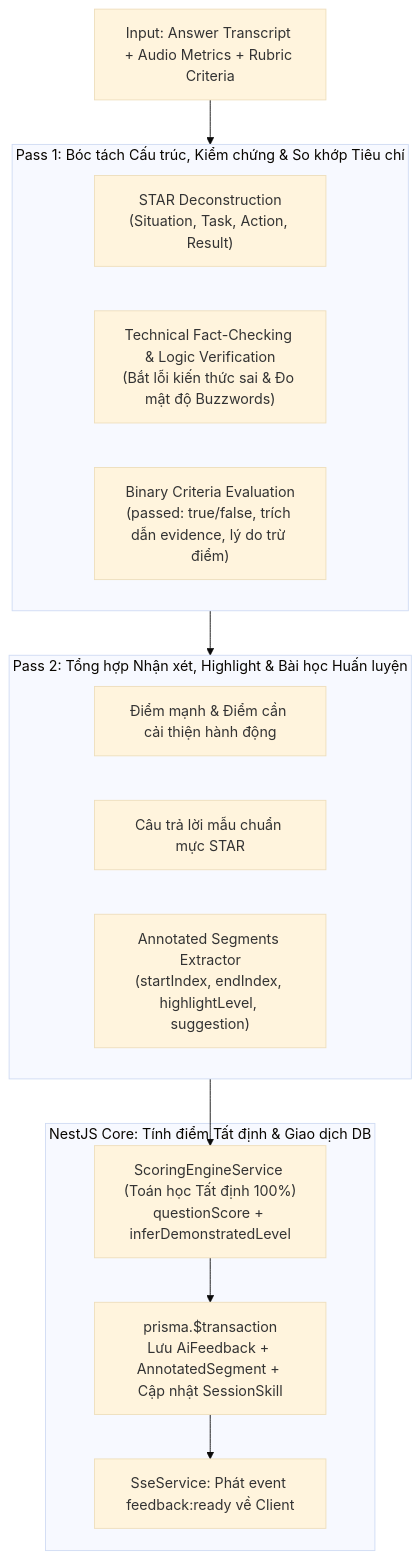
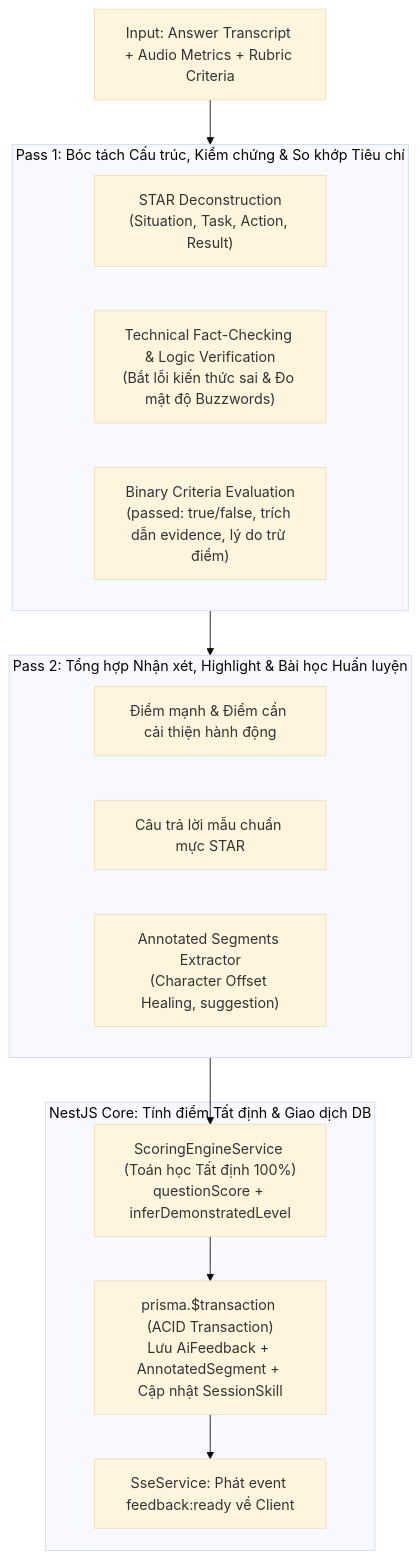
Before and after one commit to lethanhan01/interview-coach: the diagram in docs/refactor-docs/03_PHASE_3_DEEP_ASSESSMENT/00_PHASE_3_OVERVIEW_AND_ARCHITECTURE.md, drawn with Mermaid (base theme). The commit also changed other lines of this file and 35 other files, not shown here.

````diff
--- a/docs/refactor-docs/03_PHASE_3_DEEP_ASSESSMENT/00_PHASE_3_OVERVIEW_AND_ARCHITECTURE.md
+++ b/docs/refactor-docs/03_PHASE_3_DEEP_ASSESSMENT/00_PHASE_3_OVERVIEW_AND_ARCHITECTURE.md
@@ -15,27 +16,27 @@
 ```mermaid
 graph TD
     Input["Input: Answer Transcript + Audio Metrics + Rubric Criteria"] --> Pass1
     
     subgraph Pass1["Pass 1: Bóc tách Cấu trúc, Kiểm chứng & So khớp Tiêu chí"]
         STAR["STAR Deconstruction<br/>(Situation, Task, Action, Result)"]
         FactCheck["Technical Fact-Checking & Logic Verification<br/>(Bắt lỗi kiến thức sai & Đo mật độ Buzzwords)"]
         Rubric["Binary Criteria Evaluation<br/>(passed: true/false, trích dẫn evidence, lý do trừ điểm)"]
     end
     
     subgraph Pass2["Pass 2: Tổng hợp Nhận xét, Highlight & Bài học Huấn luyện"]
         Synthesis["Điểm mạnh & Điểm cần cải thiện hành động"]
         ModelAnswer["Câu trả lời mẫu chuẩn mực STAR"]
-        Highlight["Annotated Segments Extractor<br/>(startIndex, endIndex, highlightLevel, suggestion)"]
+        Highlight["Annotated Segments Extractor<br/>(Character Offset Healing, suggestion)"]
     end
     
     subgraph NestJSCore["NestJS Core: Tính điểm Tất định & Giao dịch DB"]
         ScoringEngine["ScoringEngineService (Toán học Tất định 100%)<br/>questionScore + inferDemonstratedLevel"]
-        DBTx["prisma.$transaction<br/>Lưu AiFeedback + AnnotatedSegment + Cập nhật SessionSkill"]
+        DBTx["prisma.$transaction (ACID Transaction)<br/>Lưu AiFeedback + AnnotatedSegment + Cập nhật SessionSkill"]
         Realtime["SseService: Phát event feedback:ready về Client"]
     end
     
     Pass1 --> Pass2
     Pass2 --> ScoringEngine
     ScoringEngine --> DBTx
     DBTx --> Realtime
 ```
````
